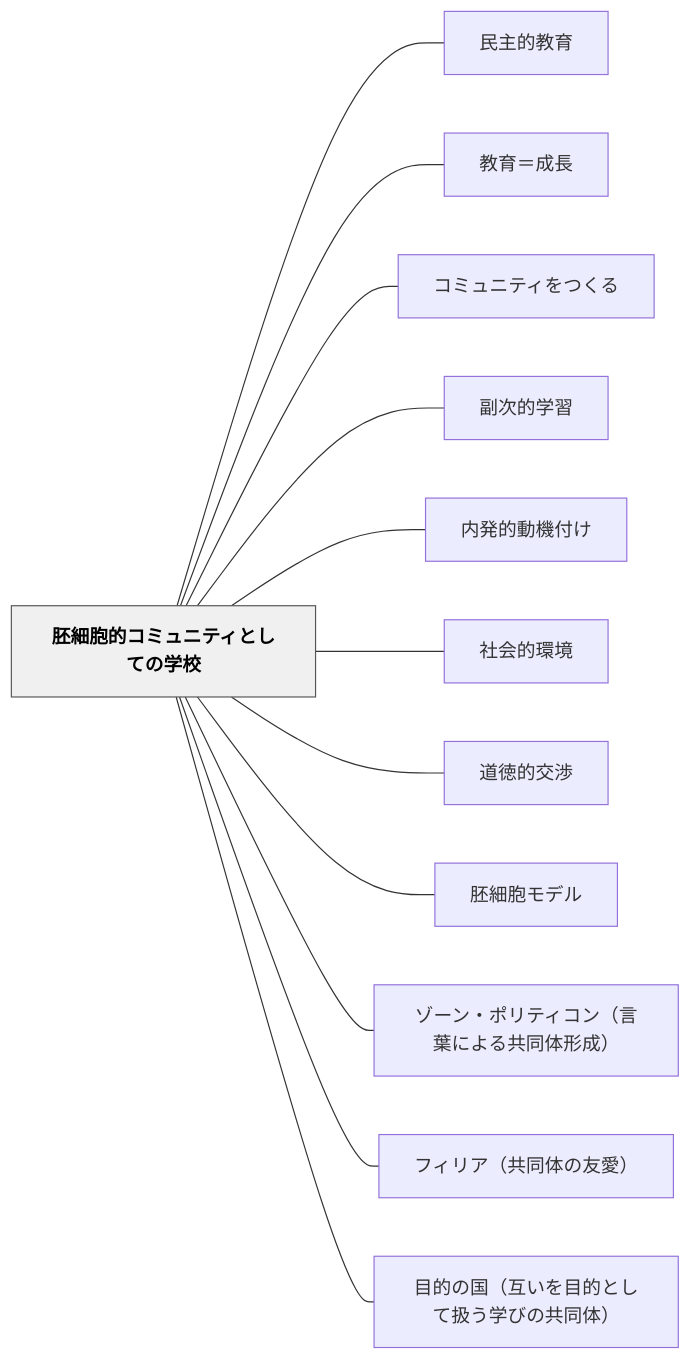
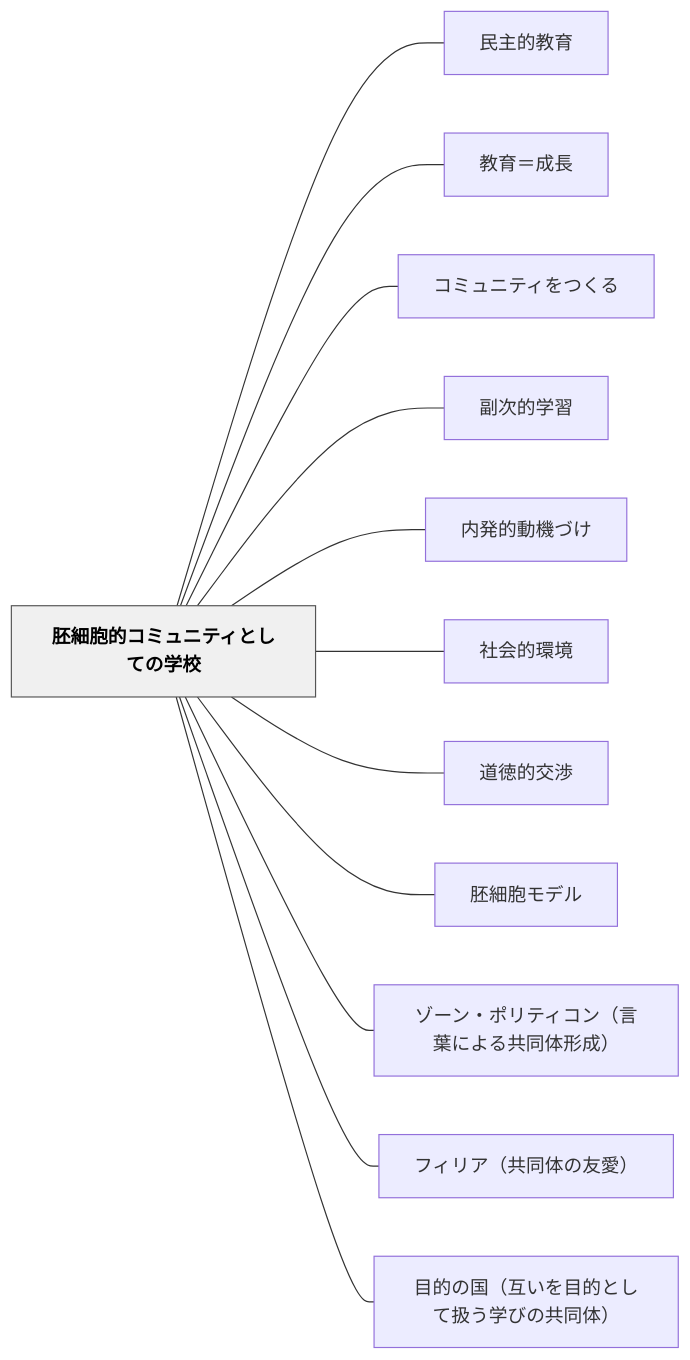
Before and after one commit to unknownthings-ed-patterns/unknownthings-ed-patterns: the diagram in content/パタン/胚細胞的コミュニティとしての学校.md, drawn with Mermaid. The commit also changed other lines of this file and 234 other files, not shown here.

````diff
--- a/content/パタン/胚細胞的コミュニティとしての学校.md
+++ b/content/パタン/胚細胞的コミュニティとしての学校.md
@@ -150,30 +150,30 @@
 ```mermaid
 flowchart LR
     ne8839ae7b4b0e8839ee79a84e382b3e3839fe383a5e3838be38386e382a3e381a8e38197e381a6e381aee5ada6e6a0a1["胚細胞的コミュニティとしての学校"]
     ne6b091e4b8bbe79a84e69599e882b2["民主的教育"]
     ne69599e882b2efbc9de68890e995b7["教育＝成長"]
     ne382b3e3839fe383a5e3838be38386e382a3e38292e381a4e3818fe3828b["コミュニティをつくる"]
     ne589afe6aca1e79a84e5ada6e7bf92["副次的学習"]
-    ne58685e799bae79a84e58b95e6a99fe4bb98e38191["内発的動機付け"]
+    ne58685e799bae79a84e58b95e6a99fe381a5e38191["内発的動機づけ"]
     ne7a4bee4bc9ae79a84e792b0e5a283["社会的環境"]
     ne98193e5beb3e79a84e4baa4e6b889["道徳的交渉"]
     ne8839ae7b4b0e8839ee383a2e38387e383ab["胚細胞モデル"]
     ne382bee383bce383b3e383bbe3839de383aae38386e382a3e382b3e383b3efbc88e8a880e89189e381abe38288e3828be585b1e5908ce4bd93e5bda2e68890efbc89["ゾーン・ポリティコン（言葉による共同体形成）"]
     ne38395e382a3e383aae382a2efbc88e585b1e5908ce4bd93e381aee58f8be6849befbc89["フィリア（共同体の友愛）"]
     ne79baee79a84e381aee59bbdefbc88e4ba92e38184e38292e79baee79a84e381a8e38197e381a6e689b1e38186e5ada6e381b3e381aee585b1e5908ce4bd93efbc89["目的の国（互いを目的として扱う学びの共同体）"]
 
     ne8839ae7b4b0e8839ee79a84e382b3e3839fe383a5e3838be38386e382a3e381a8e38197e381a6e381aee5ada6e6a0a1 --- ne6b091e4b8bbe79a84e69599e882b2
     ne8839ae7b4b0e8839ee79a84e382b3e3839fe383a5e3838be38386e382a3e381a8e38197e381a6e381aee5ada6e6a0a1 --- ne69599e882b2efbc9de68890e995b7
     ne8839ae7b4b0e8839ee79a84e382b3e3839fe383a5e3838be38386e382a3e381a8e38197e381a6e381aee5ada6e6a0a1 --- ne382b3e3839fe383a5e3838be38386e382a3e38292e381a4e3818fe3828b
     ne8839ae7b4b0e8839ee79a84e382b3e3839fe383a5e3838be38386e382a3e381a8e38197e381a6e381aee5ada6e6a0a1 --- ne589afe6aca1e79a84e5ada6e7bf92
-    ne8839ae7b4b0e8839ee79a84e382b3e3839fe383a5e3838be38386e382a3e381a8e38197e381a6e381aee5ada6e6a0a1 --- ne58685e799bae79a84e58b95e6a99fe4bb98e38191
+    ne8839ae7b4b0e8839ee79a84e382b3e3839fe383a5e3838be38386e382a3e381a8e38197e381a6e381aee5ada6e6a0a1 --- ne58685e799bae79a84e58b95e6a99fe381a5e38191
     ne8839ae7b4b0e8839ee79a84e382b3e3839fe383a5e3838be38386e382a3e381a8e38197e381a6e381aee5ada6e6a0a1 --- ne7a4bee4bc9ae79a84e792b0e5a283
     ne8839ae7b4b0e8839ee79a84e382b3e3839fe383a5e3838be38386e382a3e381a8e38197e381a6e381aee5ada6e6a0a1 --- ne98193e5beb3e79a84e4baa4e6b889
     ne8839ae7b4b0e8839ee79a84e382b3e3839fe383a5e3838be38386e382a3e381a8e38197e381a6e381aee5ada6e6a0a1 --- ne8839ae7b4b0e8839ee383a2e38387e383ab
     ne8839ae7b4b0e8839ee79a84e382b3e3839fe383a5e3838be38386e382a3e381a8e38197e381a6e381aee5ada6e6a0a1 --- ne382bee383bce383b3e383bbe3839de383aae38386e382a3e382b3e383b3efbc88e8a880e89189e381abe38288e3828be585b1e5908ce4bd93e5bda2e68890efbc89
     ne8839ae7b4b0e8839ee79a84e382b3e3839fe383a5e3838be38386e382a3e381a8e38197e381a6e381aee5ada6e6a0a1 --- ne38395e382a3e383aae382a2efbc88e585b1e5908ce4bd93e381aee58f8be6849befbc89
     ne8839ae7b4b0e8839ee79a84e382b3e3839fe383a5e3838be38386e382a3e381a8e38197e381a6e381aee5ada6e6a0a1 --- ne79baee79a84e381aee59bbdefbc88e4ba92e38184e38292e79baee79a84e381a8e38197e381a6e689b1e38186e5ada6e381b3e381aee585b1e5908ce4bd93efbc89
 
     classDef hub fill:#f0f0f0,stroke:#555,color:#000,font-weight:bold
     class ne8839ae7b4b0e8839ee79a84e382b3e3839fe383a5e3838be38386e382a3e381a8e38197e381a6e381aee5ada6e6a0a1 hub
 ```
````
